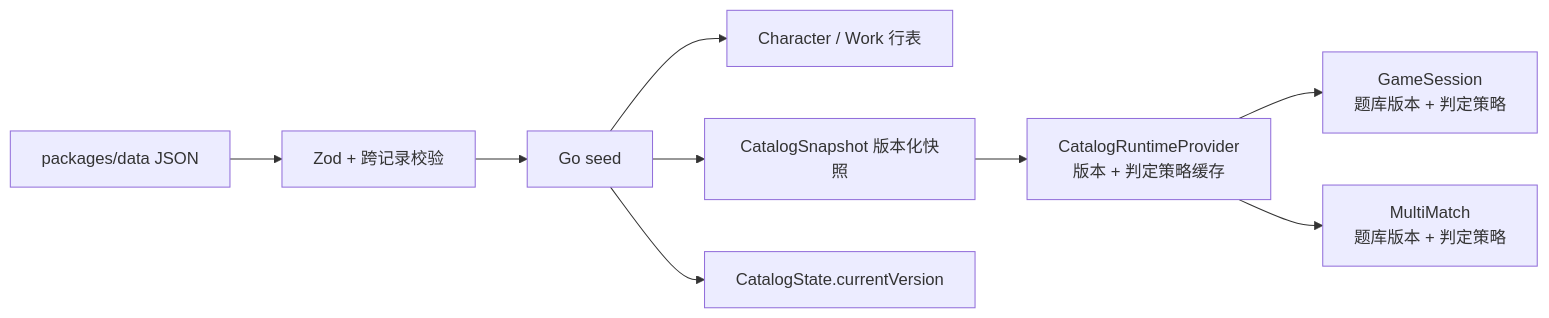
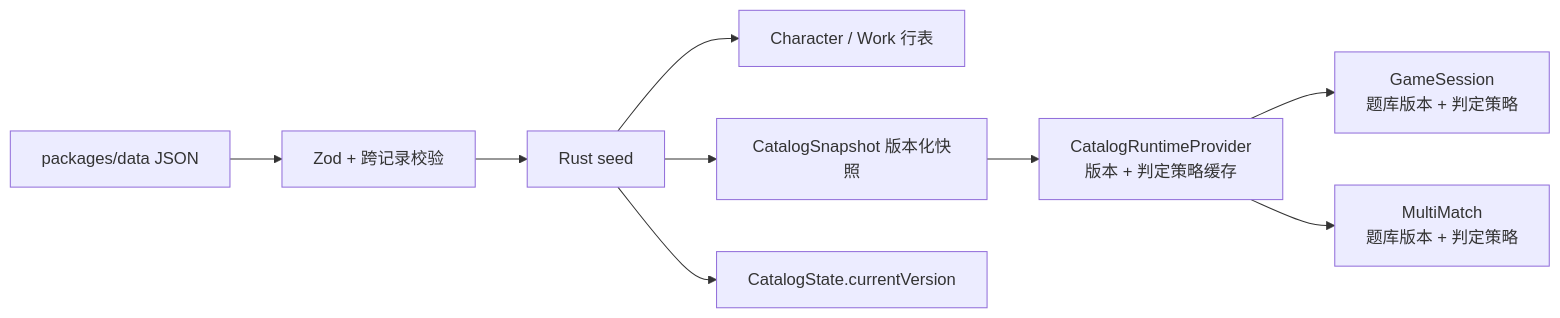
Before and after one commit to jachinzhang1/TouhouFlandre: the fourth of 6 diagrams in docs/architecture.md, drawn with Mermaid. The commit also changed other lines of this file and 414 other files, not shown here.

````diff
--- a/docs/architecture.md
+++ b/docs/architecture.md
@@ -98,11 +120,11 @@
 ```mermaid
 flowchart LR
     J[packages/data JSON] --> C[Zod + 跨记录校验]
-    C --> S[Go seed]
+    C --> S[Rust seed]
     S --> R[Character / Work 行表]
     S --> V[CatalogSnapshot 版本化快照]
     S --> T[CatalogState.currentVersion]
     V --> P[CatalogRuntimeProvider<br/>版本 + 判定策略缓存]
     P --> G[GameSession<br/>题库版本 + 判定策略]
     P --> M[MultiMatch<br/>题库版本 + 判定策略]
 ```
````
